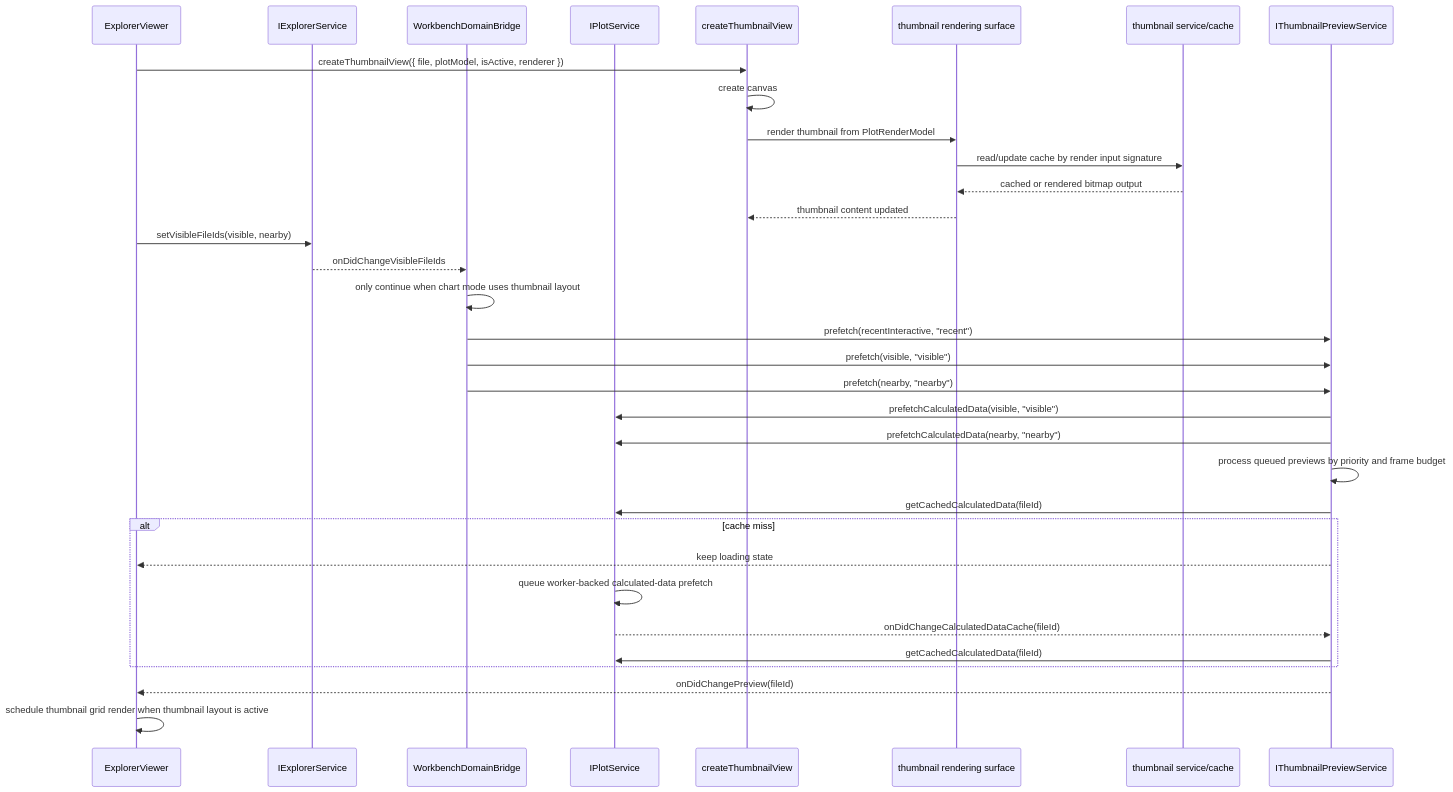
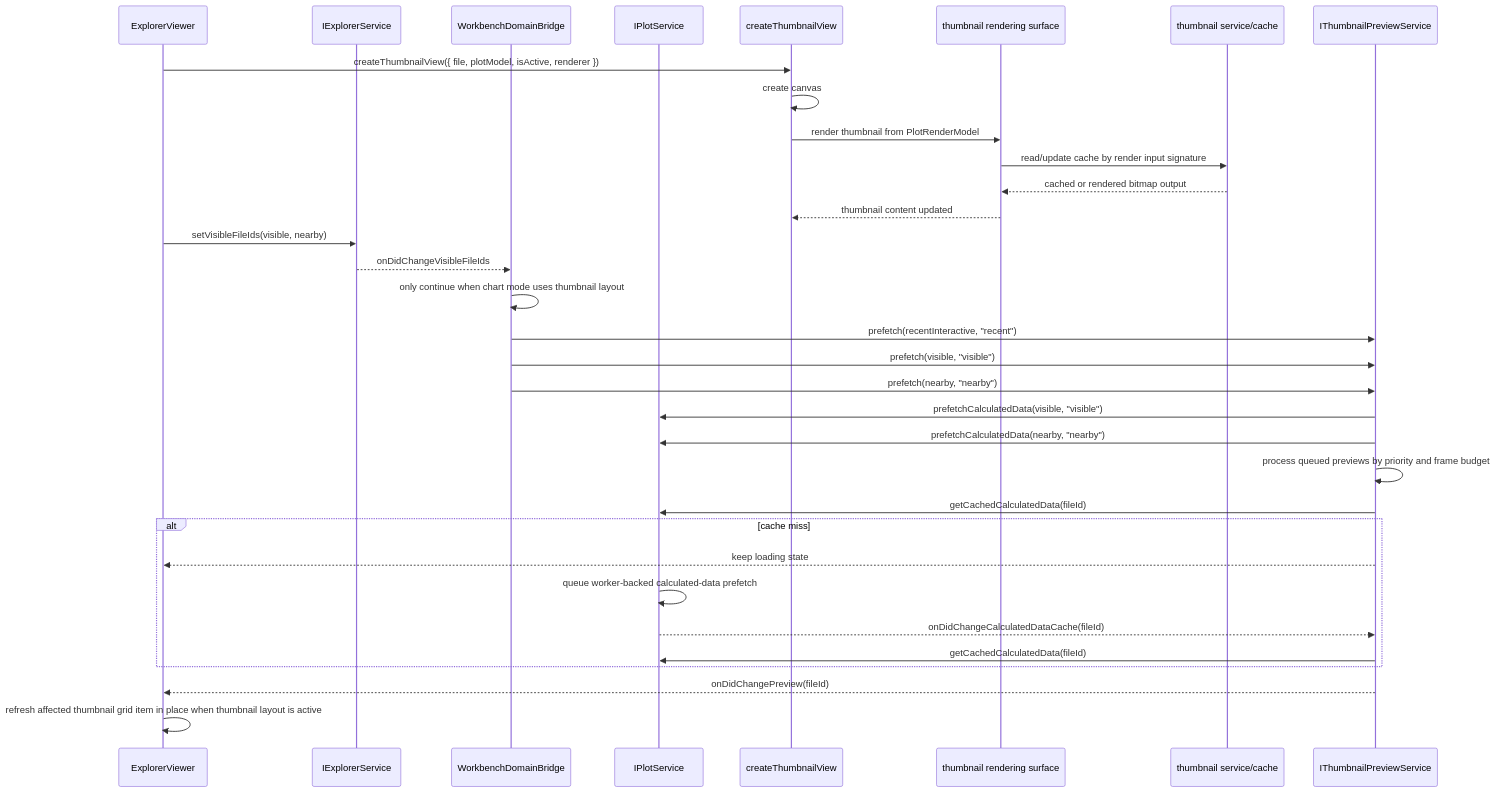
One commit to chogng/conductor changed the fifth of 6 diagrams in .github/instructions/thumbnail.instructions.md. Above: the diagram before and after it, drawn with Mermaid. The commit also changed 41 other files, not shown here.

````diff
--- a/.github/instructions/thumbnail.instructions.md
+++ b/.github/instructions/thumbnail.instructions.md
@@ -184,36 +184,36 @@
 ```mermaid
 sequenceDiagram
     participant ExplorerViewer
     participant ExplorerService as IExplorerService
     participant DomainBridge as WorkbenchDomainBridge
     participant Plot as IPlotService
     participant ThumbnailView as createThumbnailView
     participant ThumbnailRenderer as thumbnail rendering surface
     participant ThumbnailService as thumbnail service/cache
     participant ThumbnailPreviewService as IThumbnailPreviewService
 
     ExplorerViewer->>ThumbnailView: createThumbnailView({ file, plotModel, isActive, renderer })
     ThumbnailView->>ThumbnailView: create canvas
     ThumbnailView->>ThumbnailRenderer: render thumbnail from PlotRenderModel
     ThumbnailRenderer->>ThumbnailService: read/update cache by render input signature
     ThumbnailService-->>ThumbnailRenderer: cached or rendered bitmap output
     ThumbnailRenderer-->>ThumbnailView: thumbnail content updated
     ExplorerViewer->>ExplorerService: setVisibleFileIds(visible, nearby)
     ExplorerService-->>DomainBridge: onDidChangeVisibleFileIds
     DomainBridge->>DomainBridge: only continue when chart mode uses thumbnail layout
     DomainBridge->>ThumbnailPreviewService: prefetch(recentInteractive, "recent")
     DomainBridge->>ThumbnailPreviewService: prefetch(visible, "visible")
     DomainBridge->>ThumbnailPreviewService: prefetch(nearby, "nearby")
     ThumbnailPreviewService->>Plot: prefetchCalculatedData(visible, "visible")
     ThumbnailPreviewService->>Plot: prefetchCalculatedData(nearby, "nearby")
     ThumbnailPreviewService->>ThumbnailPreviewService: process queued previews by priority and frame budget
     ThumbnailPreviewService->>Plot: getCachedCalculatedData(fileId)
     alt cache miss
         ThumbnailPreviewService-->>ExplorerViewer: keep loading state
         Plot->>Plot: queue worker-backed calculated-data prefetch
         Plot-->>ThumbnailPreviewService: onDidChangeCalculatedDataCache(fileId)
         ThumbnailPreviewService->>Plot: getCachedCalculatedData(fileId)
     end
     ThumbnailPreviewService-->>ExplorerViewer: onDidChangePreview(fileId)
-    ExplorerViewer->>ExplorerViewer: schedule thumbnail grid render when thumbnail layout is active
+    ExplorerViewer->>ExplorerViewer: refresh affected thumbnail grid item in place when thumbnail layout is active
 ```
````
